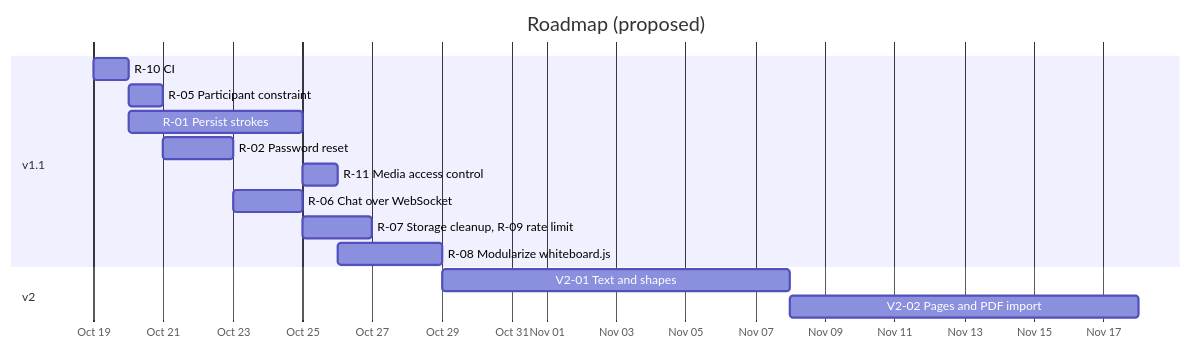
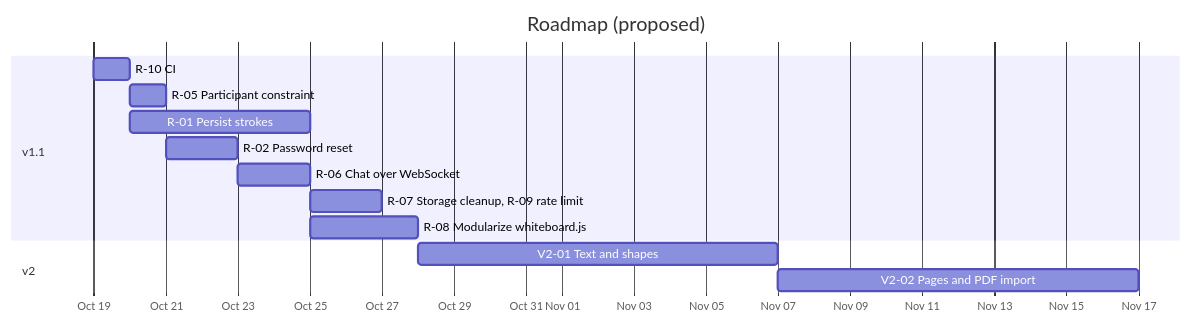
The second of 2 diagrams in docs/IMPLEMENTATION_PLAN.md (thatguyKire/InkHive), drawn with Mermaid before and after one commit. The commit also changed other lines of this file and 37 other files, not shown here.

````diff
--- a/docs/IMPLEMENTATION_PLAN.md
+++ b/docs/IMPLEMENTATION_PLAN.md
@@ -162,18 +186,17 @@
 ```mermaid
 gantt
     title Roadmap (proposed)
     dateFormat YYYY-MM-DD
     axisFormat %b %d
     section v1.1
     R-10 CI                             :r3, 2026-10-19, 1d
     R-05 Participant constraint         :r5, after r3, 1d
     R-01 Persist strokes                :r1, after r3, 5d
     R-02 Password reset                 :r2, after r5, 2d
-    R-11 Media access control           :r4, after r1, 1d
     R-06 Chat over WebSocket            :r6, after r2, 2d
     R-07 Storage cleanup, R-09 rate limit :r7, after r6, 2d
     R-08 Modularize whiteboard.js       :r8, after r4, 3d
     section v2
     V2-01 Text and shapes               :v1, after r8, 10d
     V2-02 Pages and PDF import          :v2, after v1, 10d
 ```
````
